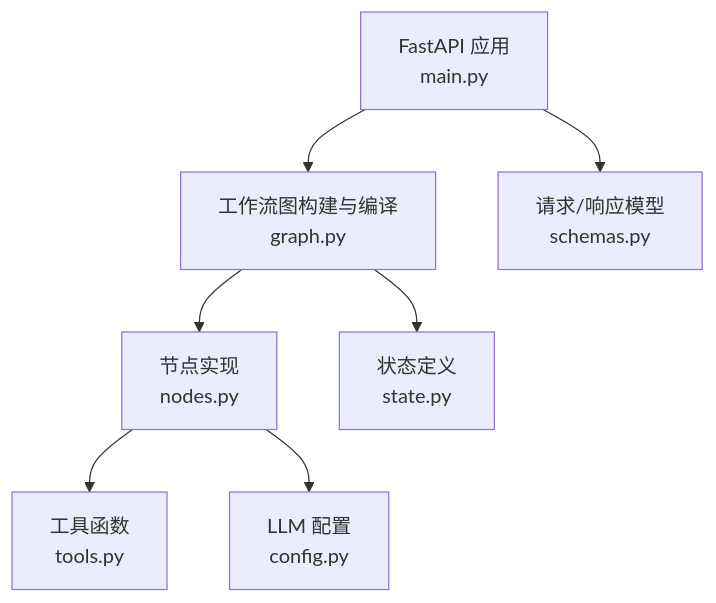
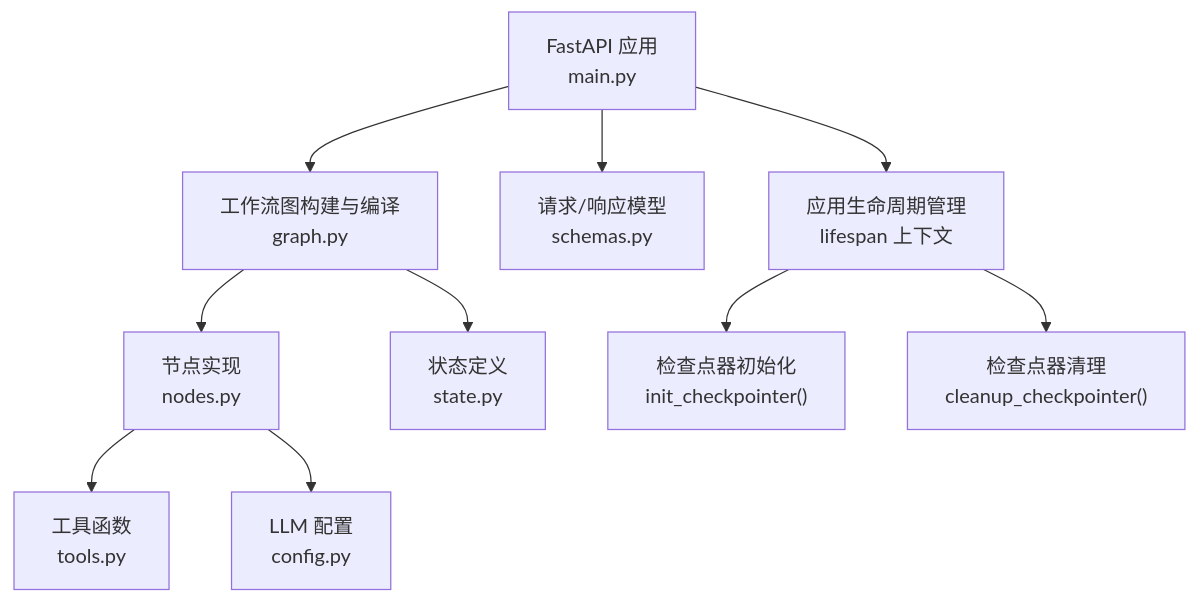
The first of 5 diagrams in .qoder/repowiki/zh/content/后端服务/FastAPI 应用层.md (sundew26/agent-week3), drawn with Mermaid before and after one commit. The commit also changed other lines of this file and 8 other files, not shown here.

````diff
--- a/.qoder/repowiki/zh/content/后端服务/FastAPI 应用层.md
+++ b/.qoder/repowiki/zh/content/后端服务/FastAPI 应用层.md
@@ -40,9 +49,12 @@
 ```mermaid
 graph TB
 A["FastAPI 应用<br/>main.py"] --> B["工作流图构建与编译<br/>graph.py"]
 A --> C["请求/响应模型<br/>schemas.py"]
 B --> D["节点实现<br/>nodes.py"]
 B --> E["状态定义<br/>state.py"]
 D --> F["工具函数<br/>tools.py"]
 D --> G["LLM 配置<br/>config.py"]
+A --> H["应用生命周期管理<br/>lifespan 上下文"]
+H --> I["检查点器初始化<br/>init_checkpointer()"]
+H --> J["检查点器清理<br/>cleanup_checkpointer()"]
 ```
````
